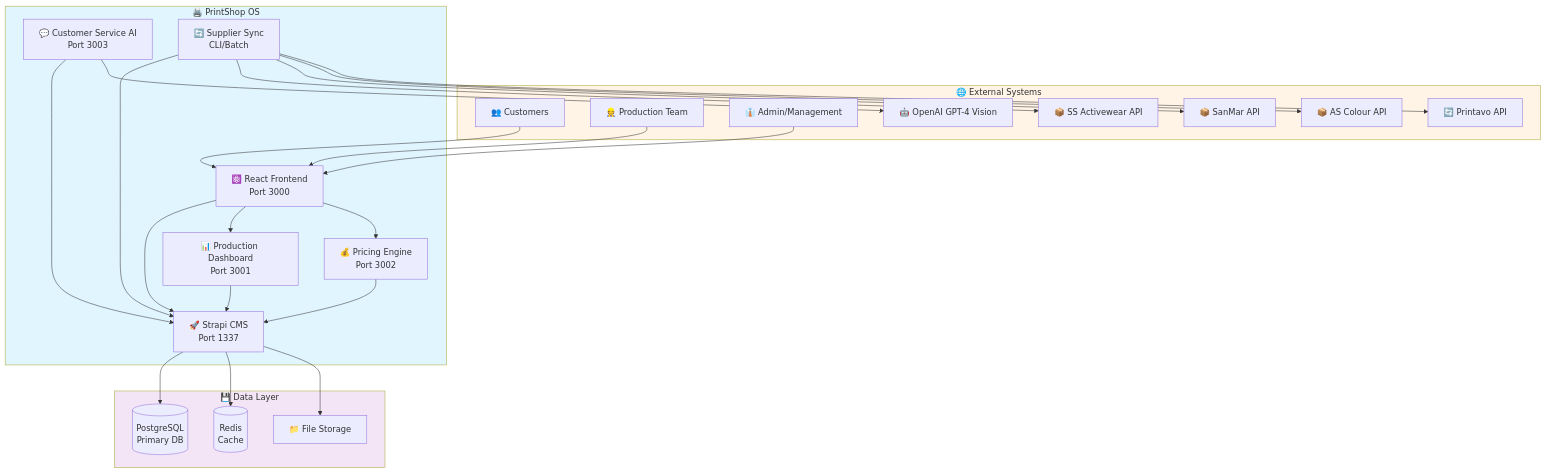
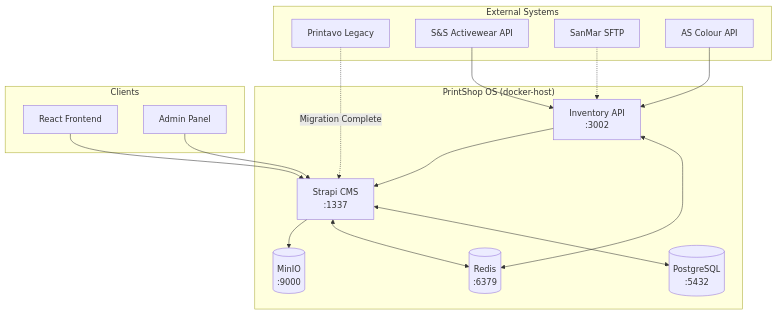
The first of 4 diagrams in docs/ARCHITECTURE_OVERVIEW.md (hypnotizedent/printshop-os), drawn with Mermaid before and after one commit. The commit also changed other lines of this file and 173 other files, not shown here.

````diff
--- a/docs/ARCHITECTURE_OVERVIEW.md
+++ b/docs/ARCHITECTURE_OVERVIEW.md
@@ -25,56 +13,37 @@
 ```mermaid
-graph TB
-    subgraph External["🌐 External Systems"]
-        C1[👥 Customers]
-        C2[👷 Production Team]
-        C3[👔 Admin/Management]
-        S1[📦 SS Activewear API]
-        S2[📦 SanMar API]
-        S3[📦 AS Colour API]
-        P1[🔄 Printavo API]
-        AI[🤖 OpenAI GPT-4 Vision]
+flowchart TB
+    subgraph External["External Systems"]
+        P[Printavo Legacy]
+        SS[S&S Activewear API]
+        SM[SanMar SFTP]
+        AS[AS Colour API]
     end
     
-    subgraph PrintShop["🖨️ PrintShop OS"]
-        FE[⚛️ React Frontend<br/>Port 3000]
-        API[🚀 Strapi CMS<br/>Port 1337]
-        PD[📊 Production Dashboard<br/>Port 3001]
-        CS[💬 Customer Service AI<br/>Port 3003]
-        SS[🔄 Supplier Sync<br/>CLI/Batch]
-        PR[💰 Pricing Engine<br/>Port 3002]
+    subgraph PrintShopOS["PrintShop OS (docker-host)"]
+        ST[Strapi CMS<br/>:1337]
+        API[Inventory API<br/>:3002]
+        PG[(PostgreSQL<br/>:5432)]
+        RD[(Redis<br/>:6379)]
+        MO[(MinIO<br/>:9000)]
     end
     
-    subgraph Data["💾 Data Layer"]
-        PG[(PostgreSQL<br/>Primary DB)]
-        RD[(Redis<br/>Cache)]
-        FS[📁 File Storage]
+    subgraph Clients["Clients"]
+        FE[React Frontend]
+        AD[Admin Panel]
     end
     
-    C1 --> FE
-    C2 --> FE
-    C3 --> FE
+    P -.->|Migration Complete| ST
+    SS --> API
+    AS --> API
+    SM -.-> API
     
-    FE --> API
-    FE --> PD
-    FE --> PR
+    ST <--> PG
+    ST <--> RD
+    API <--> RD
+    API --> ST
     
-    PD --> API
-    CS --> API
-    SS --> API
-    PR --> API
+    FE --> ST
+    AD --> ST
     
-    API --> PG
-    API --> RD
-    API --> FS
-    
-    SS --> S1
-    SS --> S2
-    SS --> S3
-    SS --> P1
-    
-    CS --> AI
-    
-    style PrintShop fill:#e1f5ff
-    style External fill:#fff4e6
-    style Data fill:#f3e5f5
+    ST --> MO
 ```
````
